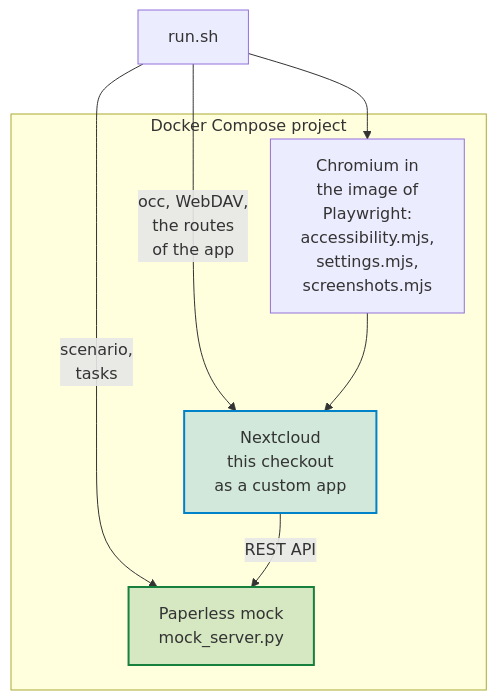
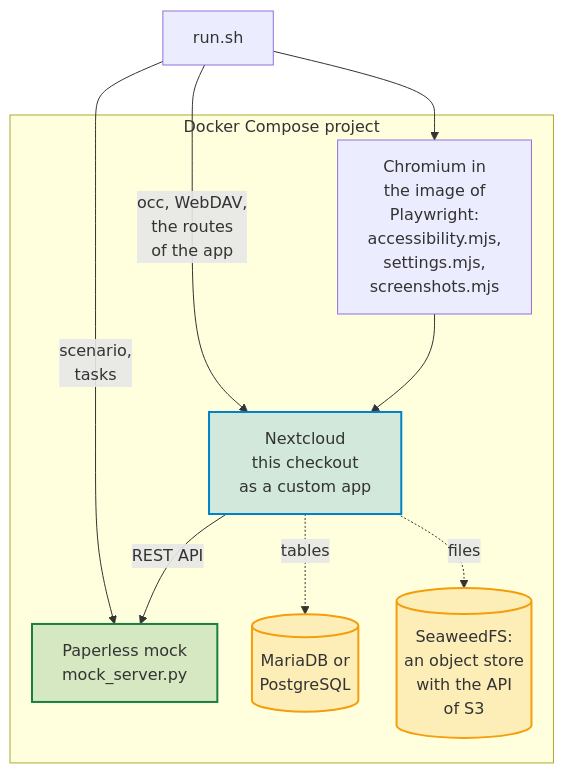
The diagram in docs/diagrams/what-the-end-to-end-tests-run.mmd (Dennis-Otto/paperless-sync), drawn with Mermaid before and after one commit. The commit also changed 29 other files, not shown here.

First line of the commit message:
test(e2e): run the background job, cover restore, conflict and vanished documents, and test PostgreSQL, MariaDB and S3 (#95)

```diff
--- a/docs/diagrams/what-the-end-to-end-tests-run.mmd
+++ b/docs/diagrams/what-the-end-to-end-tests-run.mmd
@@ -1,26 +1,32 @@
 ---
 config:
   flowchart:
     nodeSpacing: 24
 ---
 flowchart TB
     accTitle: What the end-to-end tests run
-    accDescr: run.sh drives a Docker Compose project. It talks to Nextcloud, which runs this checkout as a custom app, through occ, WebDAV and the routes of the app; it sets the scenario and the tasks of the Paperless mock, mock_server.py, which Nextcloud calls through the REST API; and it starts Chromium in the image of Playwright, which runs accessibility.mjs, settings.mjs and screenshots.mjs against Nextcloud.
+    accDescr: run.sh drives a Docker Compose project. It talks to Nextcloud, which runs this checkout as a custom app, through occ, WebDAV and the routes of the app; it sets the scenario and the tasks of the Paperless mock, mock_server.py, which Nextcloud calls through the REST API; and it starts Chromium in the image of Playwright, which runs accessibility.mjs, settings.mjs and screenshots.mjs against Nextcloud. On request, Nextcloud keeps its tables in MariaDB or PostgreSQL instead of SQLite, and its files in an object store with the API of S3.
 
     run["run.sh"]
     subgraph compose ["Docker Compose project"]
         browser["Chromium in<br>the image of<br>Playwright:<br>accessibility.mjs,<br>settings.mjs,<br>screenshots.mjs"]
         nextcloud["Nextcloud<br>this checkout<br>as a custom app"]
         mock["Paperless mock<br>mock_server.py"]
+        database[("MariaDB or<br>PostgreSQL")]
+        s3[("SeaweedFS:<br>an object store<br>with the API<br>of S3")]
     end
 
     run --> browser
     run -- "occ, WebDAV,<br>the routes<br>of the app" --> nextcloud
     run -- "scenario,<br>tasks" --> mock
     browser --> nextcloud
     nextcloud -- "REST API" --> mock
+    nextcloud -. "tables" .-> database
+    nextcloud -. "files" .-> s3
 
     classDef nextcloud fill:#0082c92e,stroke:#0082c9,stroke-width:2px
     classDef paperless fill:#17803d2e,stroke:#17803d,stroke-width:2px
+    classDef data fill:#f59e0b2e,stroke:#f59e0b,stroke-width:2px
     class nextcloud nextcloud
     class mock paperless
+    class database,s3 data
```
